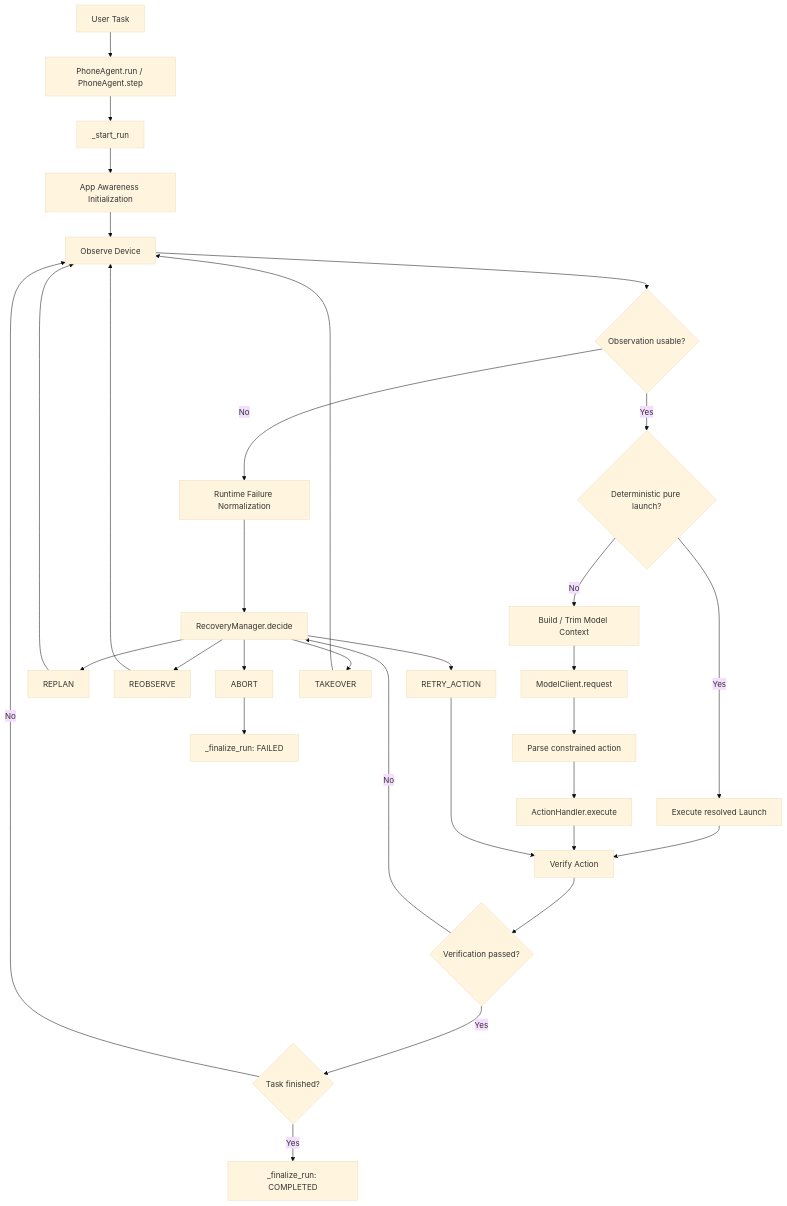
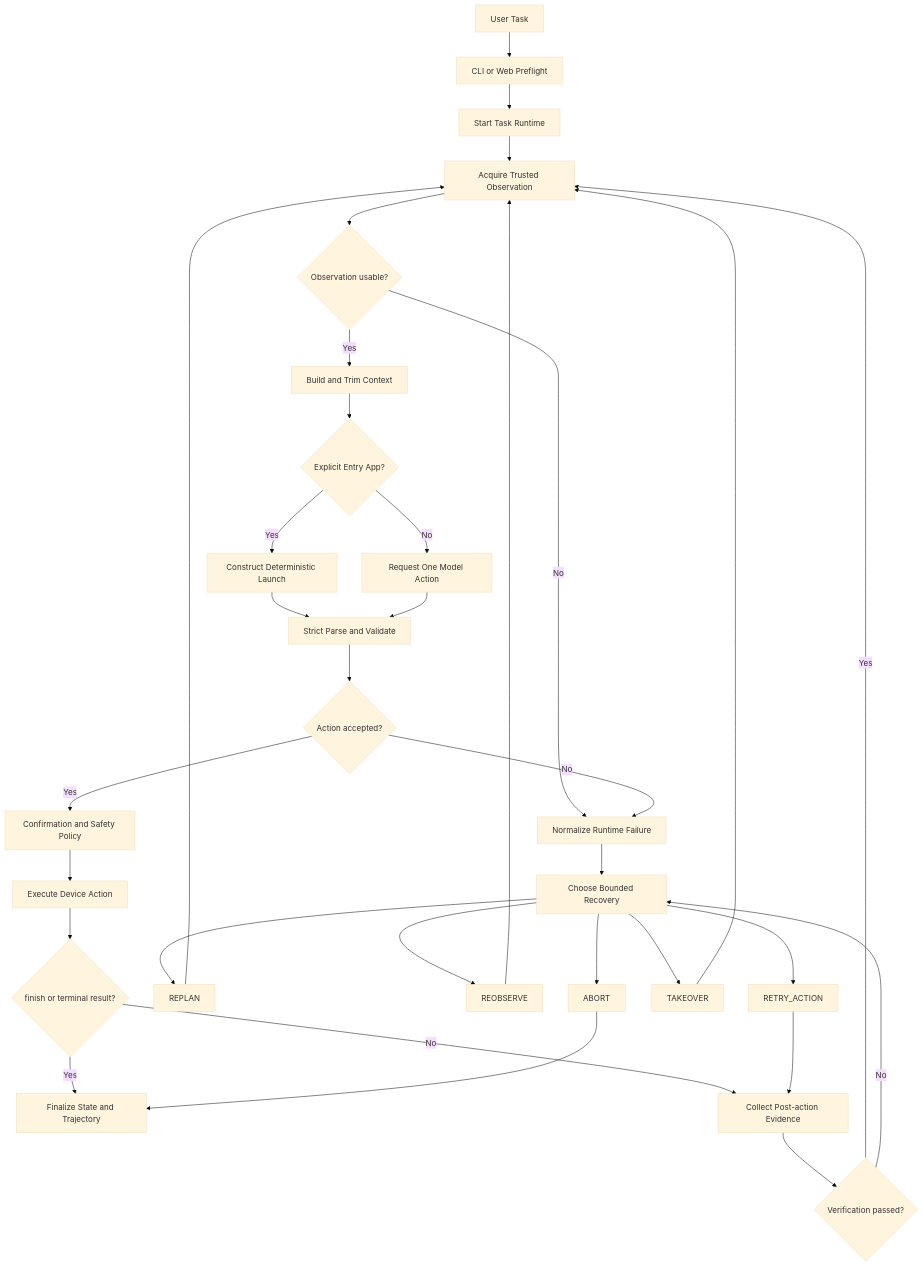
One commit to AuroraEchos/GitPage changed the second of 2 diagrams in posts/Runtime Architecture and Execution Flow Technical Document.md. Above: the diagram before and after it, drawn with Mermaid (base theme). The commit also changed other lines of this file, not shown here.

Commit message:
docs: update PhoneAgent runtime architecture

````diff
--- a/posts/Runtime Architecture and Execution Flow Technical Document.md
+++ b/posts/Runtime Architecture and Execution Flow Technical Document.md
@@ -110,40 +191,42 @@
 ```mermaid
 flowchart TD
-    U[User Task] --> R[PhoneAgent.run / PhoneAgent.step]
-    R --> S[_start_run]
-    S --> A[App Awareness Initialization]
-    A --> O[Observe Device]
+    U[User Task] --> PRE[CLI or Web Preflight]
+    PRE --> START[Start Task Runtime]
+    START --> O[Acquire Trusted Observation]
 
-    O --> V{Observation usable?}
-    V -- No --> RF[Runtime Failure Normalization]
-    V -- Yes --> D{Deterministic pure launch?}
+    O --> OBS{Observation usable?}
+    OBS -- No --> FAIL[Normalize Runtime Failure]
+    OBS -- Yes --> CTX[Build and Trim Context]
 
-    D -- Yes --> DE[Execute resolved Launch]
-    D -- No --> C[Build / Trim Model Context]
-    C --> M[ModelClient.request]
-    M --> P[Parse constrained action]
-    P --> E[ActionHandler.execute]
+    CTX --> ENTRY{Explicit Entry App?}
+    ENTRY -- Yes --> DL[Construct Deterministic Launch]
+    ENTRY -- No --> MODEL[Request One Model Action]
 
-    DE --> Q[Verify Action]
-    E --> Q
+    DL --> PARSE[Strict Parse and Validate]
+    MODEL --> PARSE
+    PARSE --> ACCEPT{Action accepted?}
+    ACCEPT -- No --> FAIL
+    ACCEPT -- Yes --> POLICY[Confirmation and Safety Policy]
+    POLICY --> EXEC[Execute Device Action]
 
-    Q --> OK{Verification passed?}
-    OK -- Yes --> N{Task finished?}
-    OK -- No --> RM[RecoveryManager.decide]
+    EXEC --> TERM{finish or terminal result?}
+    TERM -- Yes --> FINAL[Finalize State and Trajectory]
+    TERM -- No --> VERIFY[Collect Post-action Evidence]
 
-    RM --> RP[REPLAN]
-    RM --> RO[REOBSERVE]
-    RM --> RA[RETRY_ACTION]
-    RM --> RT[TAKEOVER]
-    RM --> AB[ABORT]
+    VERIFY --> PASS{Verification passed?}
+    PASS -- Yes --> O
+    PASS -- No --> REC[Choose Bounded Recovery]
+    FAIL --> REC
+
+    REC --> RP[REPLAN]
+    REC --> RO[REOBSERVE]
+    REC --> RA[RETRY_ACTION]
+    REC --> TO[TAKEOVER]
+    REC --> AB[ABORT]
 
     RP --> O
     RO --> O
-    RA --> Q
-    RT --> O
-    AB --> F[_finalize_run: FAILED]
-
-    RF --> RM
-    N -- No --> O
-    N -- Yes --> FC[_finalize_run: COMPLETED]
+    RA --> VERIFY
+    TO --> O
+    AB --> FINAL
 ```
````
